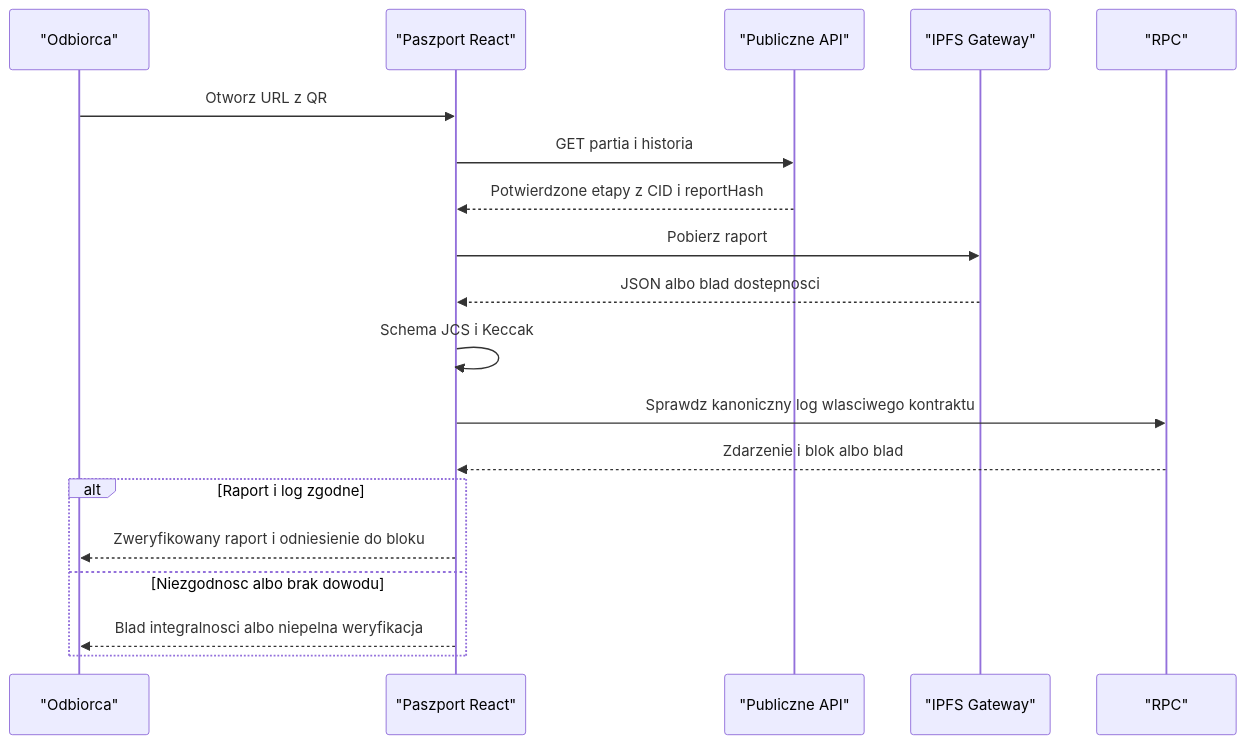
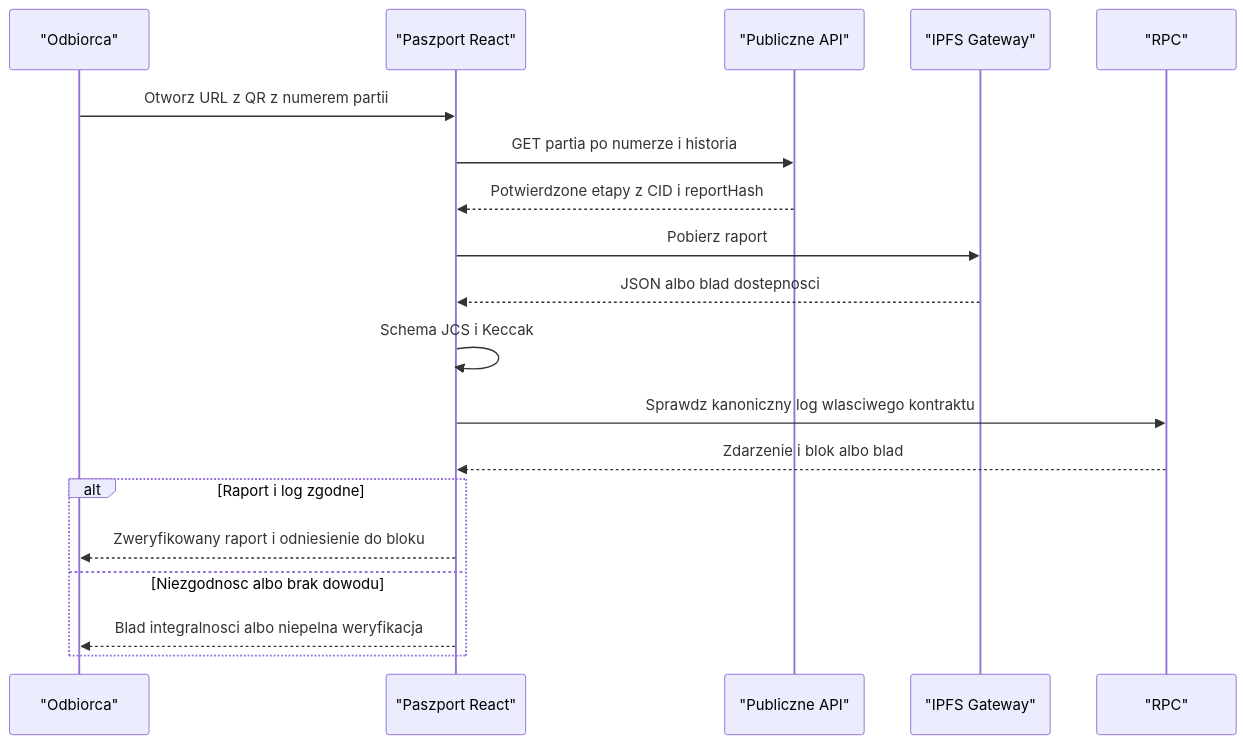
Before and after one commit to nimek06/PZ_supply_blockchain: the fourth of 4 diagrams in docs/flows.md, drawn with Mermaid. The commit also changed other lines of this file and 64 other files, not shown here.

````diff
--- a/docs/flows.md
+++ b/docs/flows.md
@@ -194,21 +200,21 @@
 ```mermaid
 sequenceDiagram
     participant ReaderRead as "Odbiorca"
     participant UiRead as "Paszport React"
     participant ApiRead as "Publiczne API"
     participant GatewayRead as "IPFS Gateway"
     participant RpcRead as "RPC"
-    ReaderRead->>UiRead: Otworz URL z QR
-    UiRead->>ApiRead: GET partia i historia
+    ReaderRead->>UiRead: Otworz URL z QR z numerem partii
+    UiRead->>ApiRead: GET partia po numerze i historia
     ApiRead-->>UiRead: Potwierdzone etapy z CID i reportHash
     UiRead->>GatewayRead: Pobierz raport
     GatewayRead-->>UiRead: JSON albo blad dostepnosci
     UiRead->>UiRead: Schema JCS i Keccak
     UiRead->>RpcRead: Sprawdz kanoniczny log wlasciwego kontraktu
     RpcRead-->>UiRead: Zdarzenie i blok albo blad
     alt Raport i log zgodne
         UiRead-->>ReaderRead: Zweryfikowany raport i odniesienie do bloku
     else Niezgodnosc albo brak dowodu
         UiRead-->>ReaderRead: Blad integralnosci albo niepelna weryfikacja
     end
 ```
````
